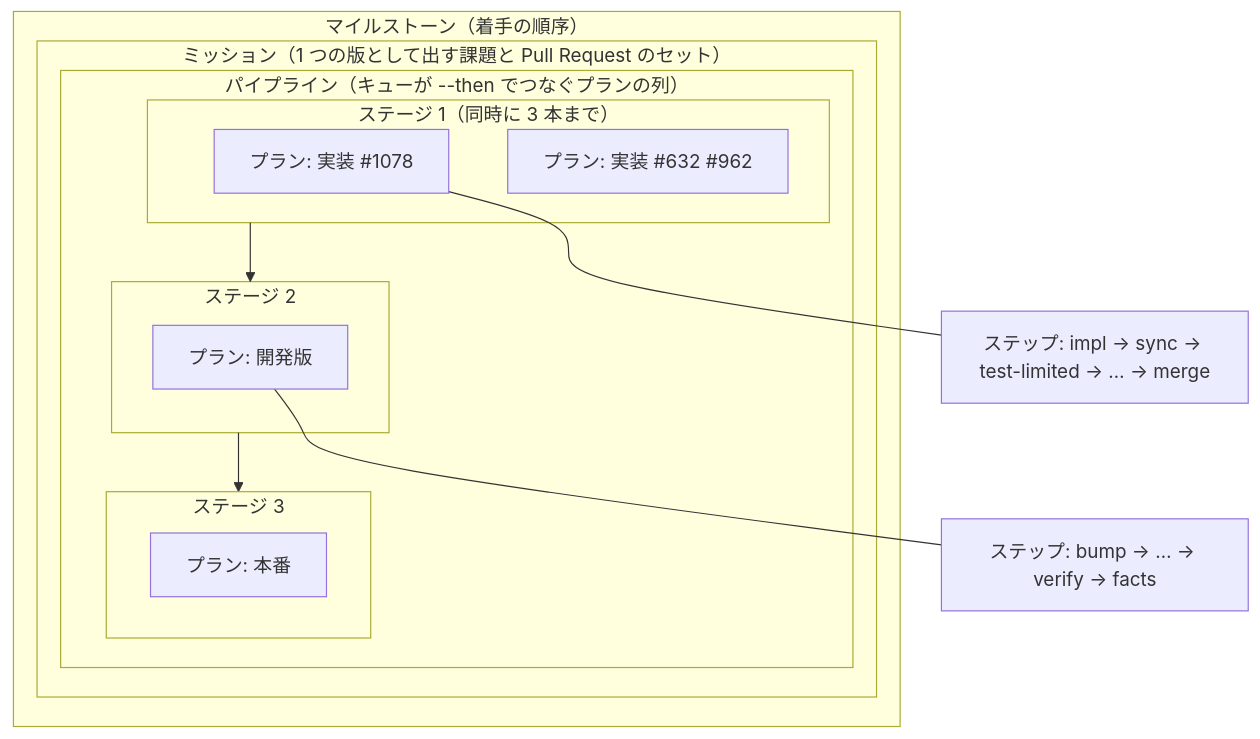
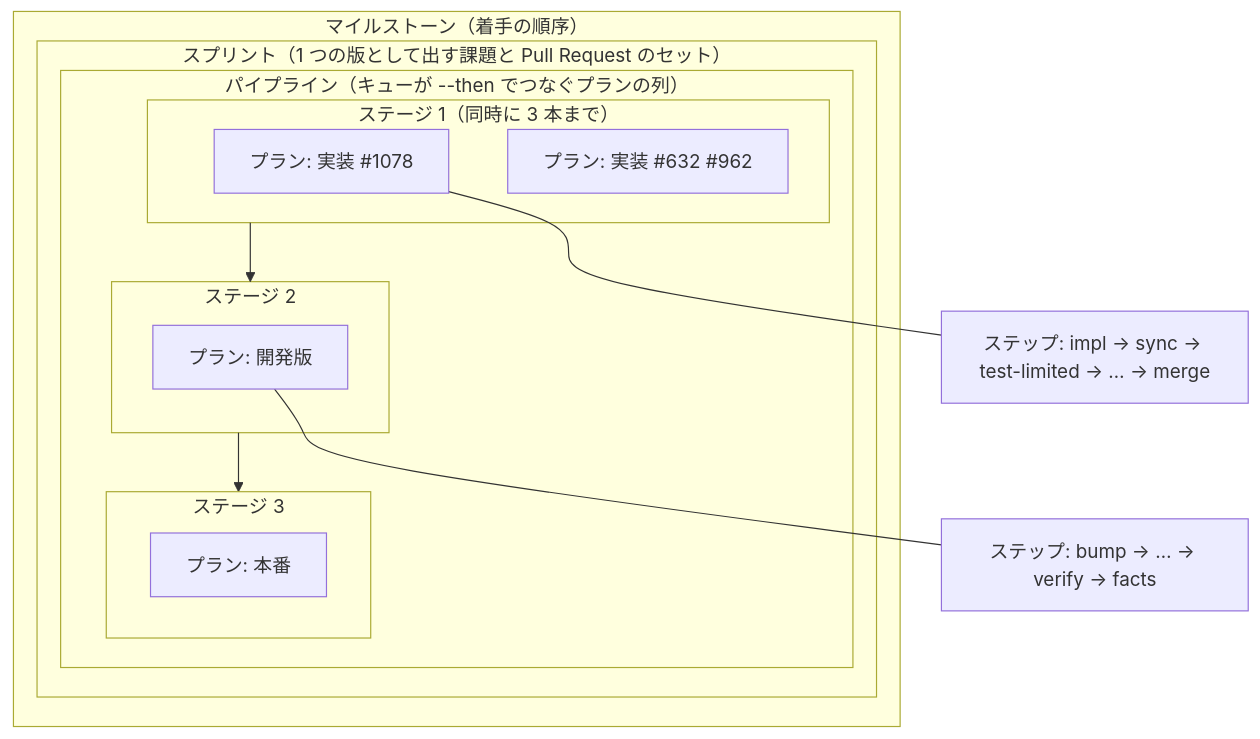
Before and after one commit to devbasex/ai-plugins: the diagram in plugins/ndf/skills/development-workflow/references/glossary.md, drawn with Mermaid. The commit also changed other lines of this file and 14 other files, not shown here.

````diff
--- a/plugins/ndf/skills/development-workflow/references/glossary.md
+++ b/plugins/ndf/skills/development-workflow/references/glossary.md
@@ -29,22 +29,22 @@
 ```mermaid
 flowchart TB
     subgraph MS["マイルストーン（着手の順序）"]
-        subgraph MI["ミッション（1 つの版として出す課題と Pull Request のセット）"]
+        subgraph MI["スプリント（1 つの版として出す課題と Pull Request のセット）"]
             subgraph CH["パイプライン（キューが --then でつなぐプランの列）"]
                 subgraph T1["ステージ 1（同時に 3 本まで）"]
                     P1["プラン: 実装 #1078"]
                     P2["プラン: 実装 #632 #962"]
                 end
                 subgraph T2["ステージ 2"]
                     P3["プラン: 開発版"]
                 end
                 subgraph T3["ステージ 3"]
                     P4["プラン: 本番"]
                 end
                 T1 --> T2 --> T3
             end
         end
     end
     P1 --- S1["ステップ: impl → sync → test-limited → … → merge"]
     P3 --- S3["ステップ: bump → … → verify → facts"]
 ```
````
